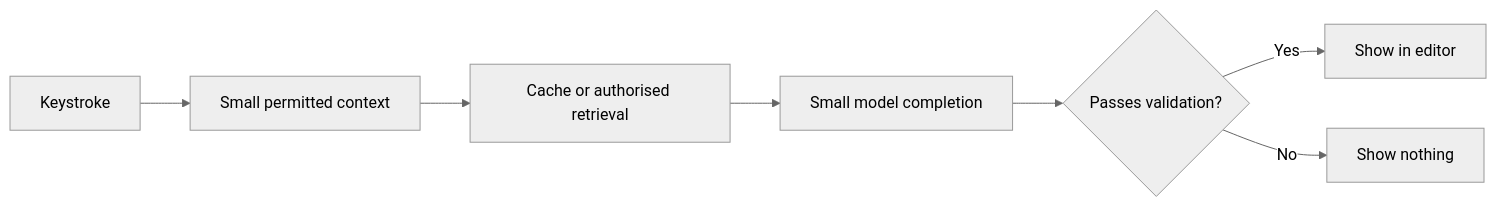
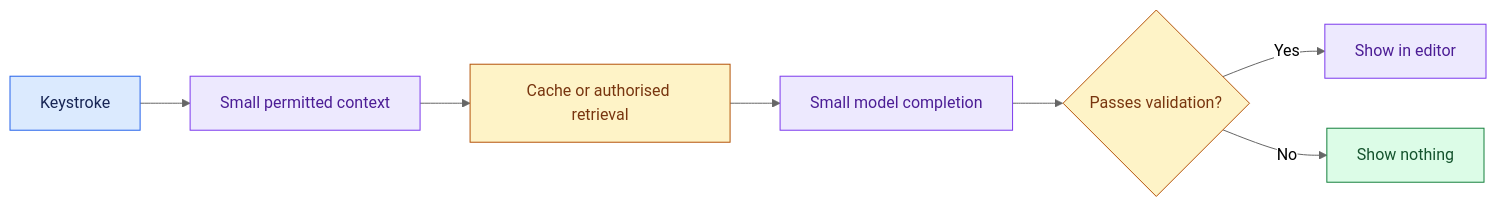
One commit to Sourav692/Forward-Deployed-Engineer-Interview-Prep changed the diagram in site/content/modules/15-fde-case-studies/agents-that-act/enterprise-coding-assistant/intro.md. Above: the diagram before and after it, drawn with Mermaid (neutral theme). The commit also changed other lines of this file and 1268 other files, not shown here.

First line of the commit message:
content: polish Casebook writing and Mermaid diagrams (#251)

````diff
--- a/site/content/modules/15-fde-case-studies/agents-that-act/enterprise-coding-assistant/intro.md
+++ b/site/content/modules/15-fde-case-studies/agents-that-act/enterprise-coding-assistant/intro.md
@@ -15,9 +20,19 @@
 ```mermaid
 flowchart LR
   A[Keystroke] --> B[Small permitted context]
   B --> C[Cache or authorised retrieval]
   C --> D[Small model completion]
   D --> E{Passes validation?}
   E -->|Yes| F[Show in editor]
   E -->|No| G[Show nothing]
+
+    %% Casebook colours: entry, reasoning, results, controls, and stopped paths.
+    classDef cbInput fill:#dbeafe,stroke:#2563eb,color:#172554
+    class A cbInput
+    classDef cbReason fill:#ede9fe,stroke:#7c3aed,color:#4c1d95
+    class B,D,F cbReason
+    classDef cbPolicy fill:#fef3c7,stroke:#b45309,color:#78350f
+    class C,E cbPolicy
+    classDef cbAction fill:#dcfce7,stroke:#15803d,color:#14532d
+    class G cbAction
 ```
````
